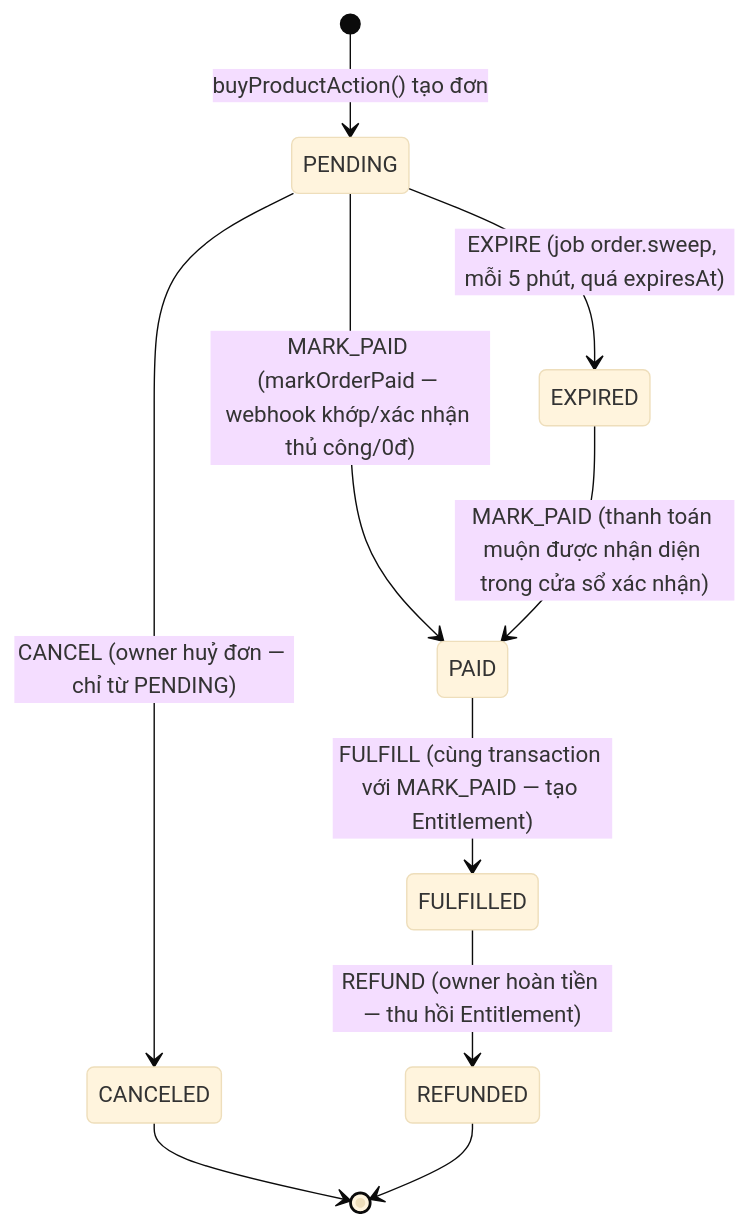
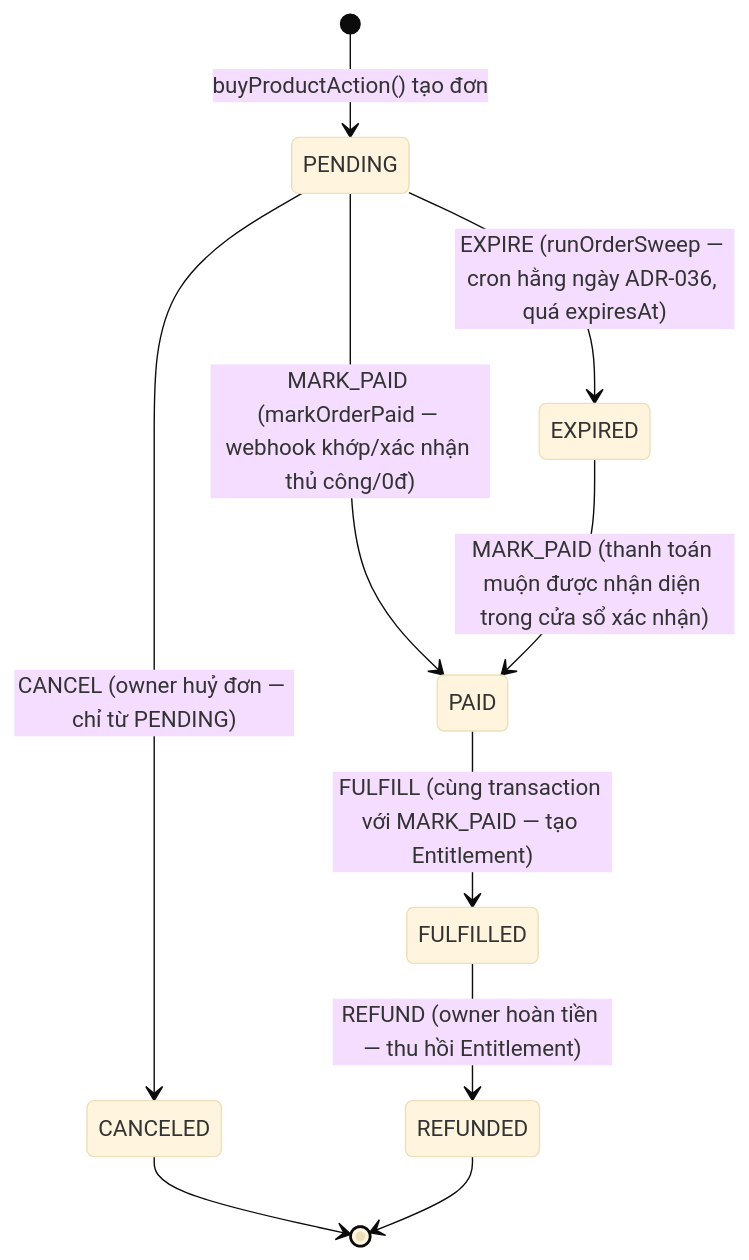
One commit to vtphong91/gieochu changed the diagram in obsidian-knowledge-base/02-System-Specs/Order-State-Machine.md. Above: the diagram before and after it, drawn with Mermaid (base theme). The commit also changed other lines of this file and 35 other files, not shown here.

Commit message:
cron job 16.10.26

````diff
--- a/obsidian-knowledge-base/02-System-Specs/Order-State-Machine.md
+++ b/obsidian-knowledge-base/02-System-Specs/Order-State-Machine.md
@@ -39,17 +39,17 @@
 ```mermaid
 stateDiagram-v2
     [*] --> PENDING: buyProductAction() tạo đơn
 
     PENDING --> PAID: MARK_PAID (markOrderPaid — webhook khớp/xác nhận thủ công/0đ)
-    PENDING --> EXPIRED: EXPIRE (job order.sweep, mỗi 5 phút, quá expiresAt)
+    PENDING --> EXPIRED: EXPIRE (runOrderSweep — cron hằng ngày ADR-036, quá expiresAt)
     PENDING --> CANCELED: CANCEL (owner huỷ đơn — chỉ từ PENDING)
 
     PAID --> FULFILLED: FULFILL (cùng transaction với MARK_PAID — tạo Entitlement)
 
     EXPIRED --> PAID: MARK_PAID (thanh toán muộn được nhận diện trong cửa sổ xác nhận)
 
     FULFILLED --> REFUNDED: REFUND (owner hoàn tiền — thu hồi Entitlement)
 
     CANCELED --> [*]
     REFUNDED --> [*]
 ```
````
